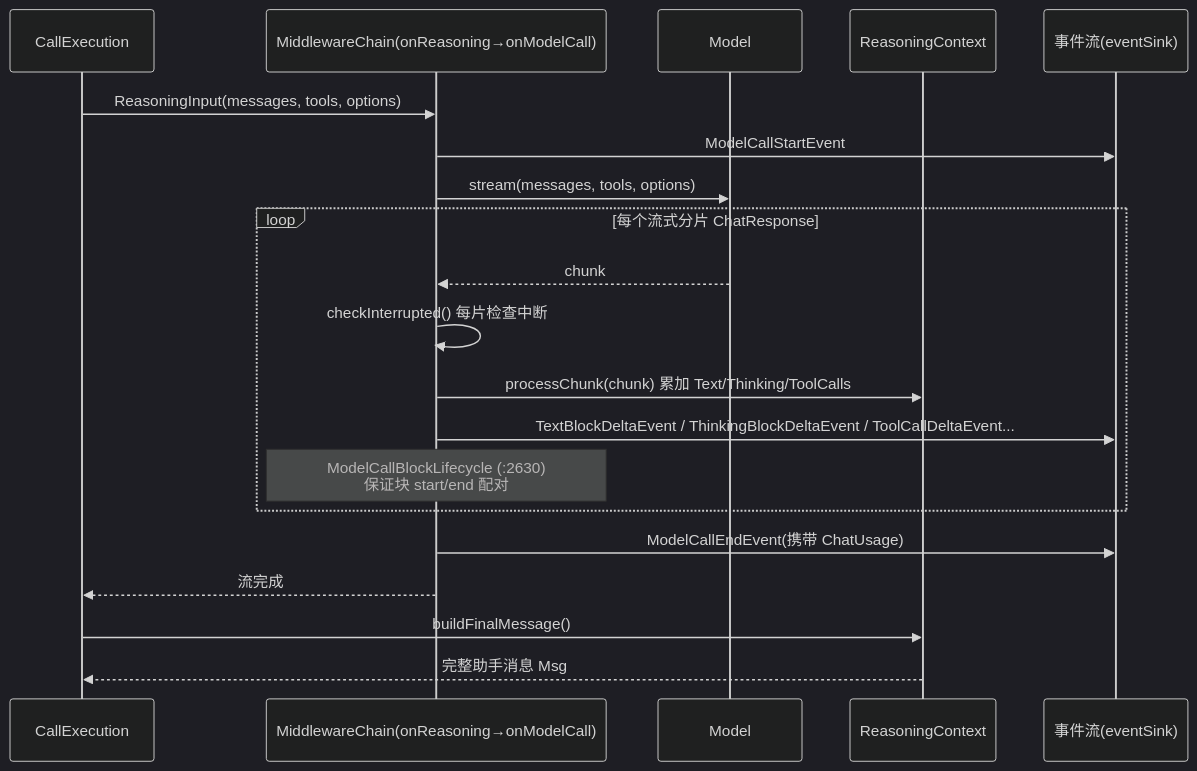
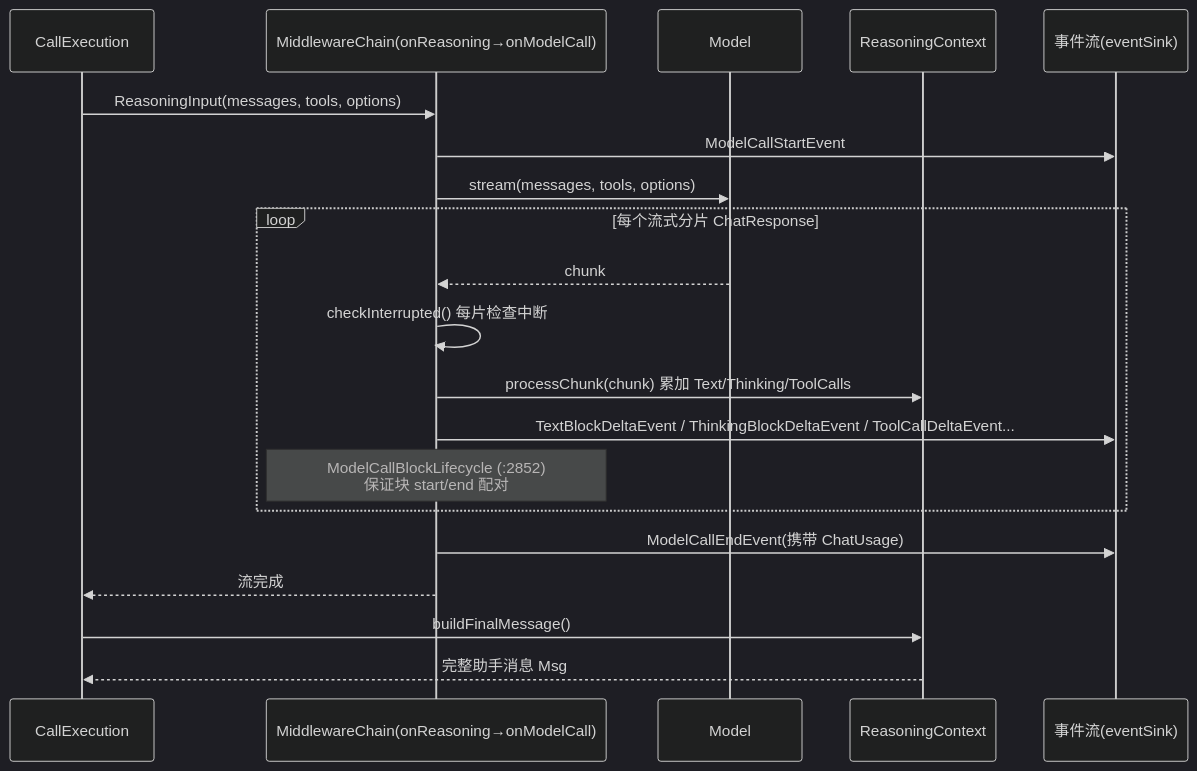
Before and after one commit to liulangjietou/AgentScope-source-analysis: the third of 6 diagrams in 03-ReAct主循环.md, drawn with Mermaid (dark theme). The commit also changed other lines of this file, not shown here.

````diff
--- a/03-ReAct主循环.md
+++ b/03-ReAct主循环.md
@@ -123,23 +150,23 @@
 ```mermaid
 sequenceDiagram
     participant R as CallExecution#reasoning
     participant MW as MiddlewareChain(onReasoning→onModelCall)
     participant M as Model#stream（第 5 章）
     participant RC as ReasoningContext
     participant SINK as 事件流(eventSink)
 
     R->>MW: ReasoningInput(messages, tools, options)
     MW->>SINK: ModelCallStartEvent
     MW->>M: stream(messages, tools, options)
     loop 每个流式分片 ChatResponse
         M-->>MW: chunk
         MW->>MW: checkInterrupted()  每片检查中断
         MW->>RC: processChunk(chunk) 累加 Text/Thinking/ToolCalls
         MW->>SINK: TextBlockDeltaEvent / ThinkingBlockDeltaEvent / ToolCallDeltaEvent...
-        Note over MW: ModelCallBlockLifecycle (:2630)<br/>保证块 start/end 配对
+        Note over MW: ModelCallBlockLifecycle (:2852)<br/>保证块 start/end 配对
     end
     MW->>SINK: ModelCallEndEvent(携带 ChatUsage)
     MW-->>R: 流完成
     R->>RC: buildFinalMessage()
     RC-->>R: 完整助手消息 Msg
 ```
````
